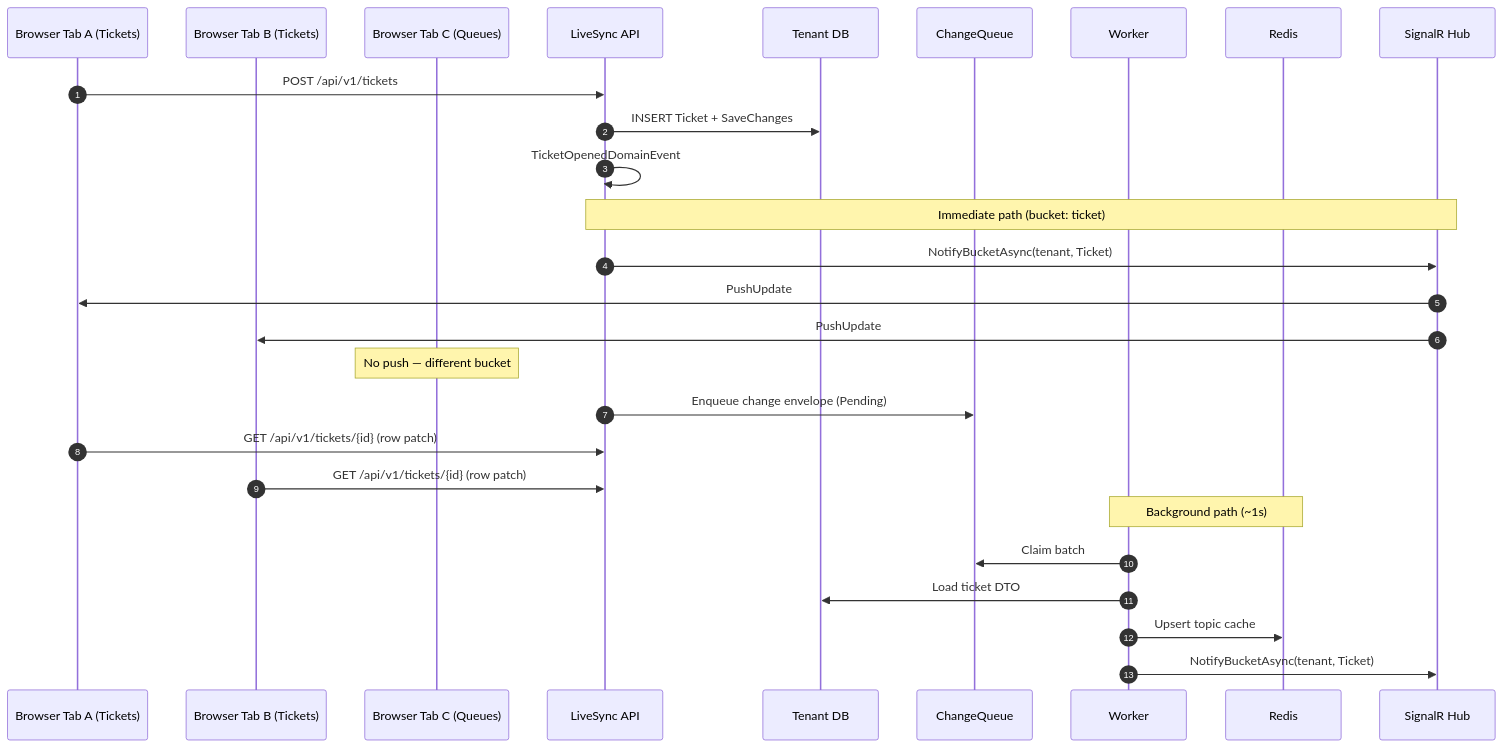
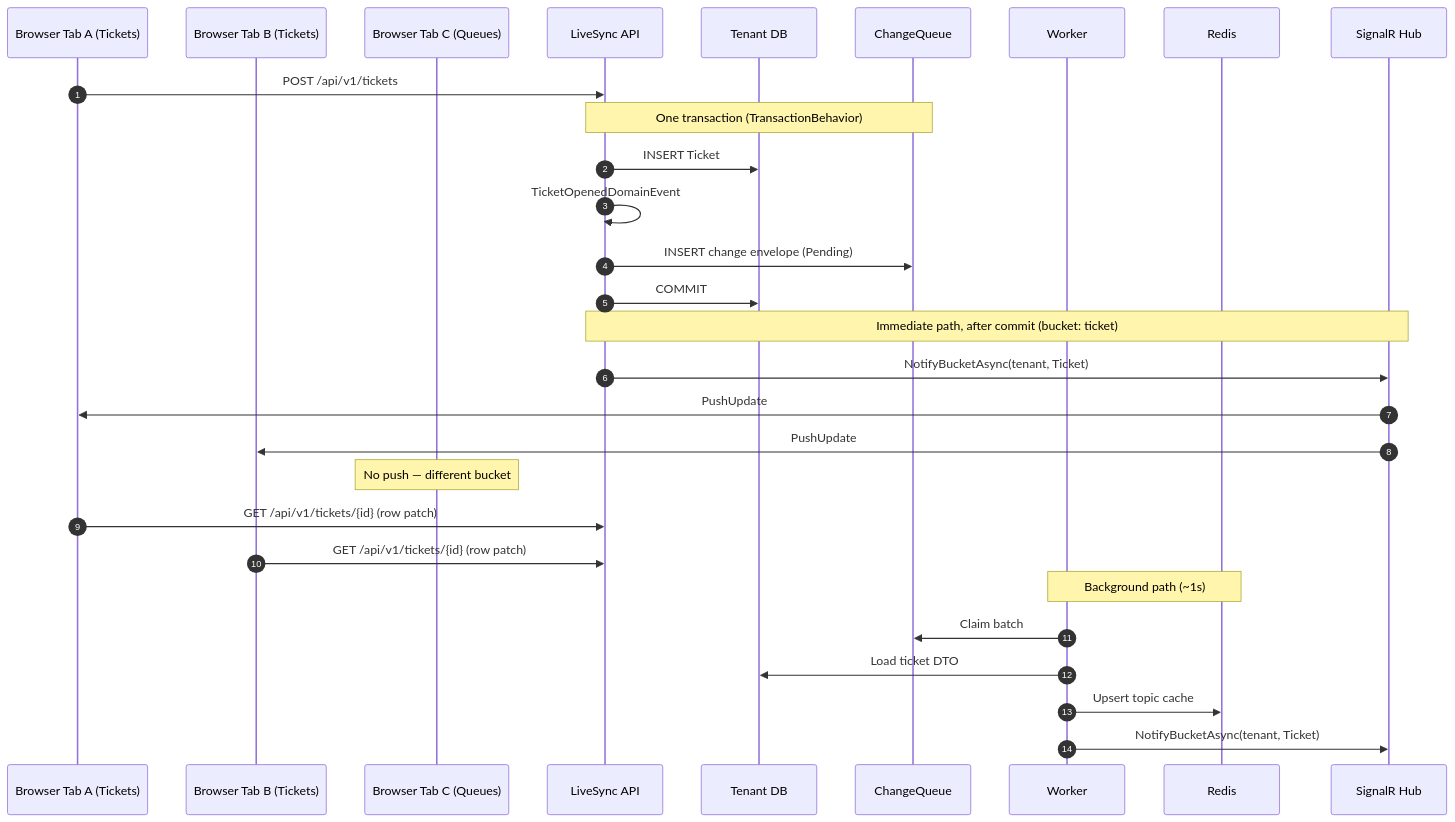
Before and after one commit to ismayilov449/LiveSync: the diagram in LiveSync.PushPlatform/docs/real-time-sync.md, drawn with Mermaid. The commit also changed other lines of this file and 25 other files, not shown here.

````diff
--- a/LiveSync.PushPlatform/docs/real-time-sync.md
+++ b/LiveSync.PushPlatform/docs/real-time-sync.md
@@ -32,31 +32,33 @@
 ```mermaid
 sequenceDiagram
     autonumber
     participant TabA as Browser Tab A (Tickets)
     participant TabB as Browser Tab B (Tickets)
     participant TabC as Browser Tab C (Queues)
     participant API as LiveSync API
     participant DB as Tenant DB
     participant Q as ChangeQueue
     participant W as Worker
     participant Redis as Redis
     participant Hub as SignalR Hub
 
     TabA->>API: POST /api/v1/tickets
-    API->>DB: INSERT Ticket + SaveChanges
+    Note over API,Q: One transaction (TransactionBehavior)
+    API->>DB: INSERT Ticket
     API->>API: TicketOpenedDomainEvent
-    Note over API,Hub: Immediate path (bucket: ticket)
+    API->>Q: INSERT change envelope (Pending)
+    API->>DB: COMMIT
+    Note over API,Hub: Immediate path, after commit (bucket: ticket)
     API->>Hub: NotifyBucketAsync(tenant, Ticket)
     Hub->>TabA: PushUpdate
     Hub->>TabB: PushUpdate
     Note over TabC: No push — different bucket
-    API->>Q: Enqueue change envelope (Pending)
     TabA->>API: GET /api/v1/tickets/{id} (row patch)
     TabB->>API: GET /api/v1/tickets/{id} (row patch)
 
     Note over W,Redis: Background path (~1s)
     W->>Q: Claim batch
     W->>DB: Load ticket DTO
     W->>Redis: Upsert topic cache
     W->>Hub: NotifyBucketAsync(tenant, Ticket)
 ```
````
